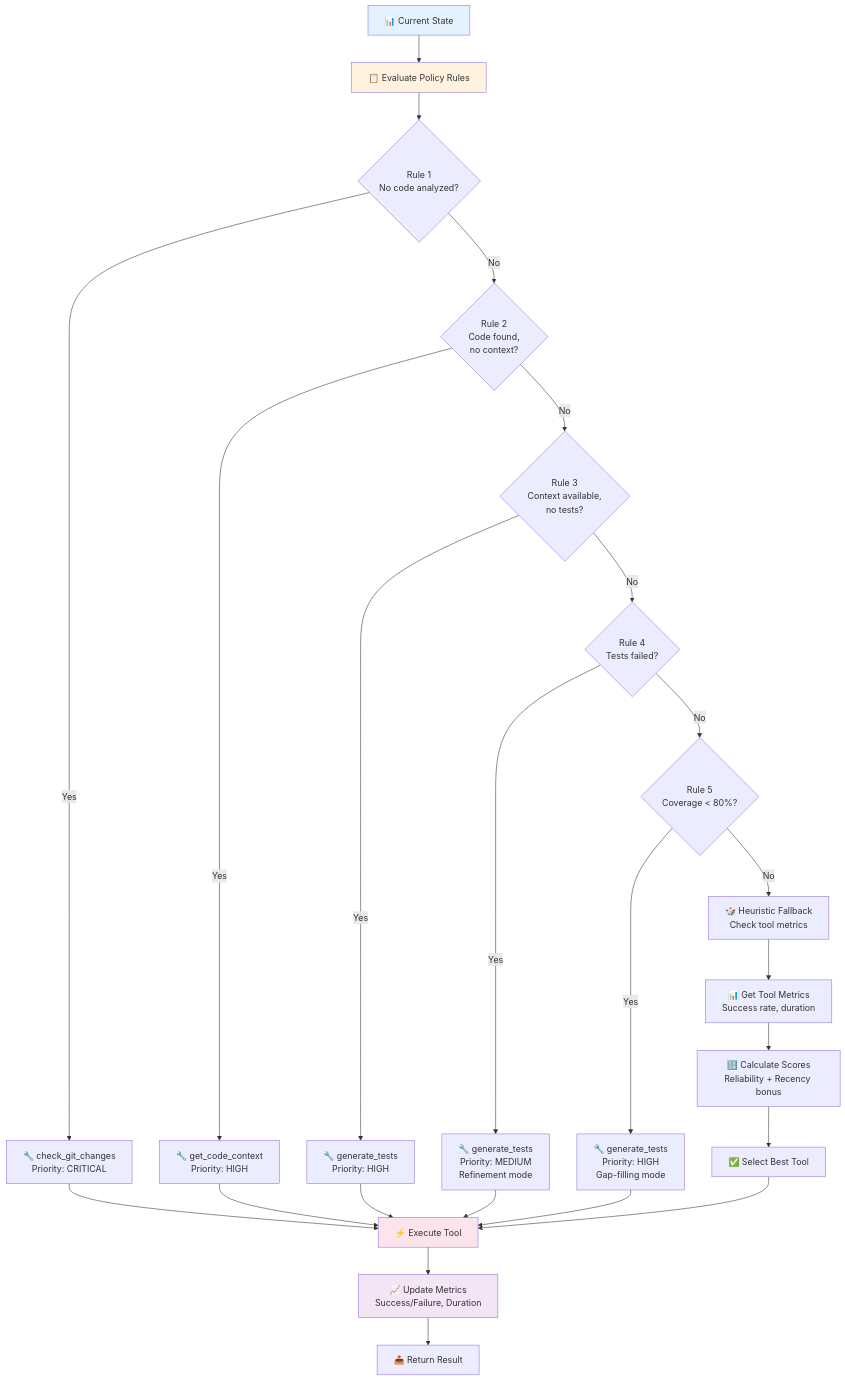
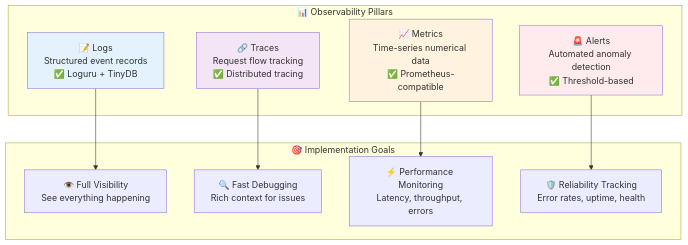
Before and after one commit to narenallam/AgenticTestGenerator: the tenth of 13 diagrams in ARCHITECTURE.md, drawn with Mermaid. The commit also changed other lines of this file and 11 other files, not shown here.

````diff
--- a/ARCHITECTURE.md
+++ b/ARCHITECTURE.md
@@ -307,44 +641,26 @@
 ```mermaid
-graph TD
-    State[📊 Current State] --> EvalRules[📋 Evaluate Policy Rules]
-    
-    EvalRules --> Rule1{Rule 1<br/>No code analyzed?}
-    Rule1 -->|Yes| Tool1[🔧 check_git_changes<br/>Priority: CRITICAL]
-    Rule1 -->|No| Rule2
-    
-    Rule2{Rule 2<br/>Code found,<br/>no context?}
-    Rule2 -->|Yes| Tool2[🔧 get_code_context<br/>Priority: HIGH]
-    Rule2 -->|No| Rule3
-    
-    Rule3{Rule 3<br/>Context available,<br/>no tests?}
-    Rule3 -->|Yes| Tool3[🔧 generate_tests<br/>Priority: HIGH]
-    Rule3 -->|No| Rule4
-    
-    Rule4{Rule 4<br/>Tests failed?}
-    Rule4 -->|Yes| Tool4[🔧 generate_tests<br/>Priority: MEDIUM<br/>Refinement mode]
-    Rule4 -->|No| Rule5
-    
-    Rule5{Rule 5<br/>Coverage < 80%?}
-    Rule5 -->|Yes| Tool5[🔧 generate_tests<br/>Priority: HIGH<br/>Gap-filling mode]
-    Rule5 -->|No| Heuristic
-    
-    Heuristic[🎲 Heuristic Fallback<br/>Check tool metrics] --> GetMetrics[📊 Get Tool Metrics<br/>Success rate, duration]
-    
-    GetMetrics --> Score[🔢 Calculate Scores<br/>Reliability + Recency bonus]
-    Score --> Select[✅ Select Best Tool]
-    
-    Tool1 --> Execute
-    Tool2 --> Execute
-    Tool3 --> Execute
-    Tool4 --> Execute
-    Tool5 --> Execute
-    Select --> Execute[⚡ Execute Tool]
-    
-    Execute --> UpdateMetrics[📈 Update Metrics<br/>Success/Failure, Duration]
-    UpdateMetrics --> Result[📤 Return Result]
-    
-    style State fill:#e3f2fd
-    style EvalRules fill:#fff3e0
-    style Execute fill:#fce4ec
-    style UpdateMetrics fill:#f3e5f5
+graph TB
+    subgraph "📊 Observability Pillars"
+        Logs[📝 Logs<br/>Structured event records<br/>✅ Loguru + TinyDB]
+        Metrics[📈 Metrics<br/>Time-series numerical data<br/>✅ Prometheus-compatible]
+        Traces[🔗 Traces<br/>Request flow tracking<br/>✅ Distributed tracing]
+        Alerts[🚨 Alerts<br/>Automated anomaly detection<br/>✅ Threshold-based]
+    end
+
+    subgraph "🎯 Implementation Goals"
+        Visibility[👁️ Full Visibility<br/>See everything happening]
+        Debugging[🔍 Fast Debugging<br/>Rich context for issues]
+        Performance[⚡ Performance Monitoring<br/>Latency, throughput, errors]
+        Reliability[🛡️ Reliability Tracking<br/>Error rates, uptime, health]
+    end
+
+    Logs --> Visibility
+    Metrics --> Performance
+    Traces --> Debugging
+    Alerts --> Reliability
+
+    style Logs fill:#e3f2fd
+    style Metrics fill:#fff3e0
+    style Traces fill:#f3e5f5
+    style Alerts fill:#ffebee
 ```
````
